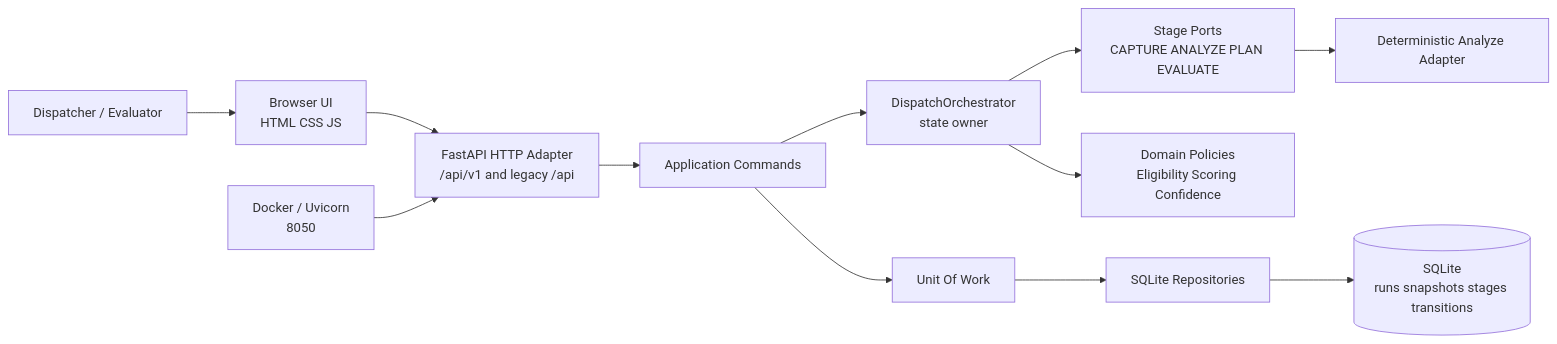
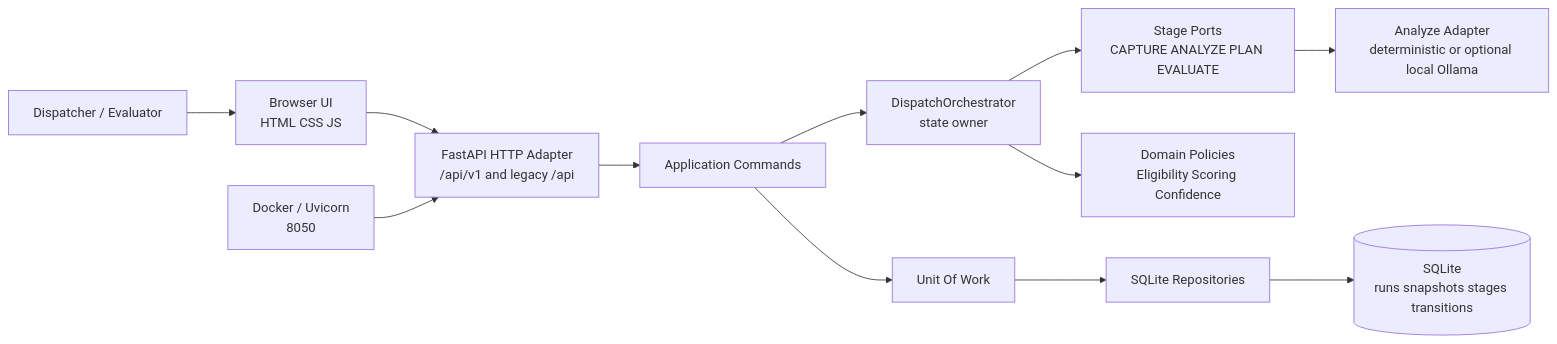
The first of 4 diagrams in docs/final-architecture-diagrams.md (rossanny25/smart-dispatch), drawn with Mermaid before and after one commit. The commit also changed 52 other files, not shown here.

````diff
--- a/docs/final-architecture-diagrams.md
+++ b/docs/final-architecture-diagrams.md
@@ -5,14 +5,14 @@
 ```mermaid
 flowchart LR
   User["Dispatcher / Evaluator"] --> Browser["Browser UI<br/>HTML CSS JS"]
   Browser --> API["FastAPI HTTP Adapter<br/>/api/v1 and legacy /api"]
   API --> Commands["Application Commands"]
   Commands --> Orchestrator["DispatchOrchestrator<br/>state owner"]
   Orchestrator --> Stages["Stage Ports<br/>CAPTURE ANALYZE PLAN EVALUATE"]
-  Stages --> Analyze["Deterministic Analyze Adapter"]
+  Stages --> Analyze["Analyze Adapter<br/>deterministic or optional local Ollama"]
   Orchestrator --> Policies["Domain Policies<br/>Eligibility Scoring Confidence"]
   Commands --> UOW["Unit Of Work"]
   UOW --> Repos["SQLite Repositories"]
   Repos --> DB[("SQLite<br/>runs snapshots stages transitions")]
   Runtime["Docker / Uvicorn<br/>8050"] --> API
 ```
````
